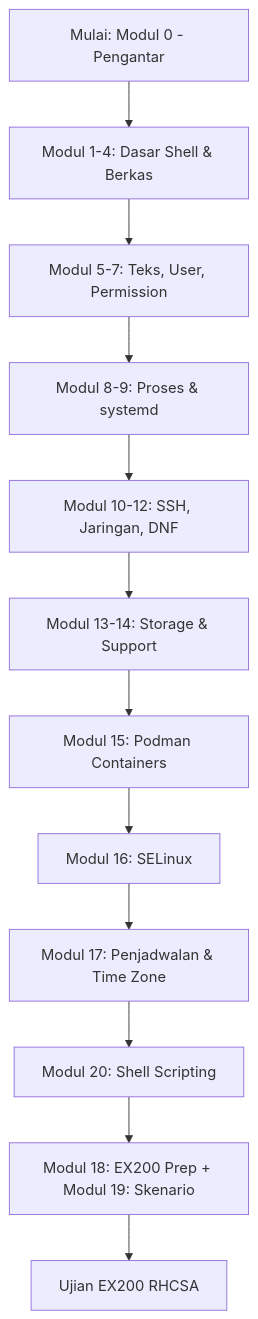
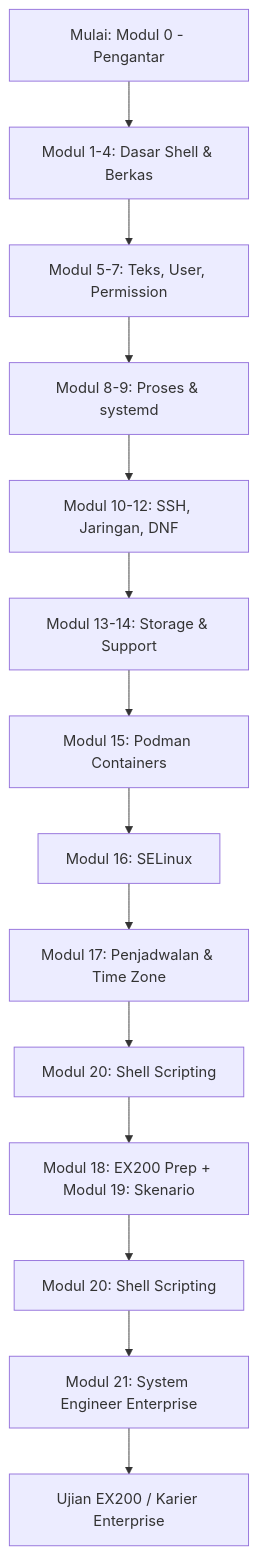
The diagram in docs/pusat-belajar.md (masrizram/rhcsa-rh124-rh199-guide), drawn with Mermaid before and after one commit. The commit also changed other lines of this file and 3 other files, not shown here.

Commit message:
Add Modul 21 - System Engineer Enterprise (bridge RHCSA ke dunia kerja: SSSD/IDM, SIEM, Satellite, CIS/PCI-DSS, Ansible, HA, DR, change mgmt); wire ke nav/README/pusat-belajar

````diff
--- a/docs/pusat-belajar.md
+++ b/docs/pusat-belajar.md
@@ -15,14 +15,16 @@
 ```mermaid
 flowchart TD
     A[Mulai: Modul 0 - Pengantar] --> B[Modul 1-4: Dasar Shell & Berkas]
     B --> C[Modul 5-7: Teks, User, Permission]
     C --> D[Modul 8-9: Proses & systemd]
     D --> E[Modul 10-12: SSH, Jaringan, DNF]
     E --> F[Modul 13-14: Storage & Support]
     F --> G[Modul 15: Podman Containers]
     G --> H[Modul 16: SELinux]
     H --> I[Modul 17: Penjadwalan & Time Zone]
     I --> J[Modul 20: Shell Scripting]
     J --> K[Modul 18: EX200 Prep + Modul 19: Skenario]
-    K --> L[Ujian EX200 RHCSA]
+    K --> L[Modul 20: Shell Scripting]
+    L --> M[Modul 21: System Engineer Enterprise]
+    M --> N[Ujian EX200 / Karier Enterprise]
 ```
````
